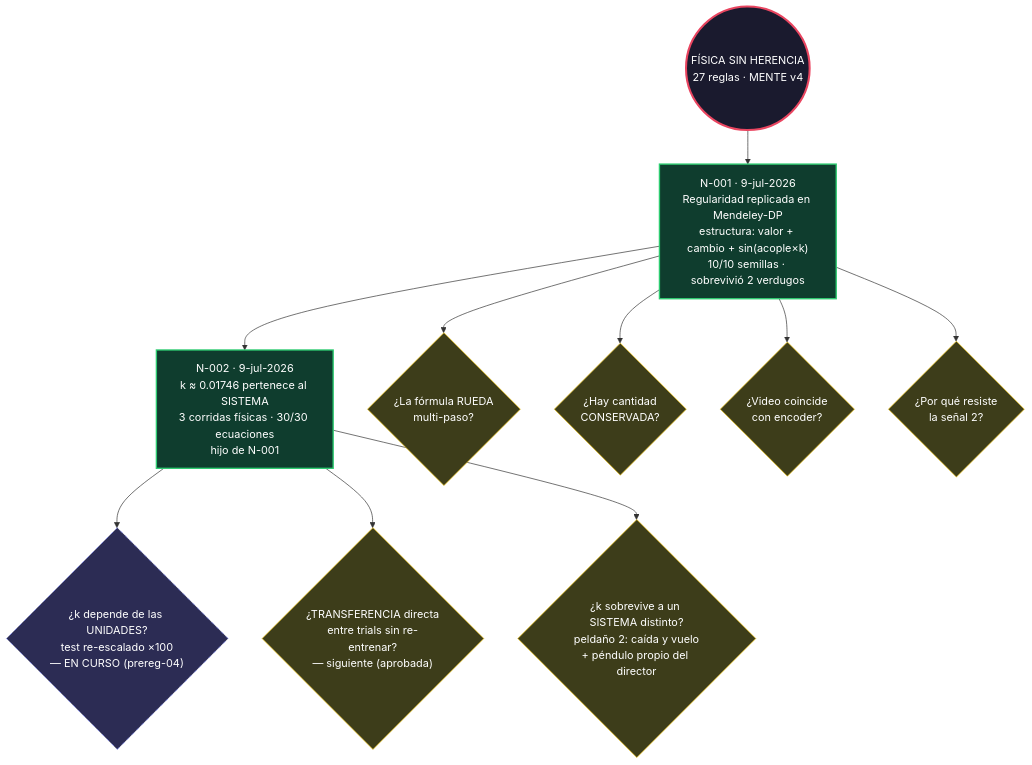
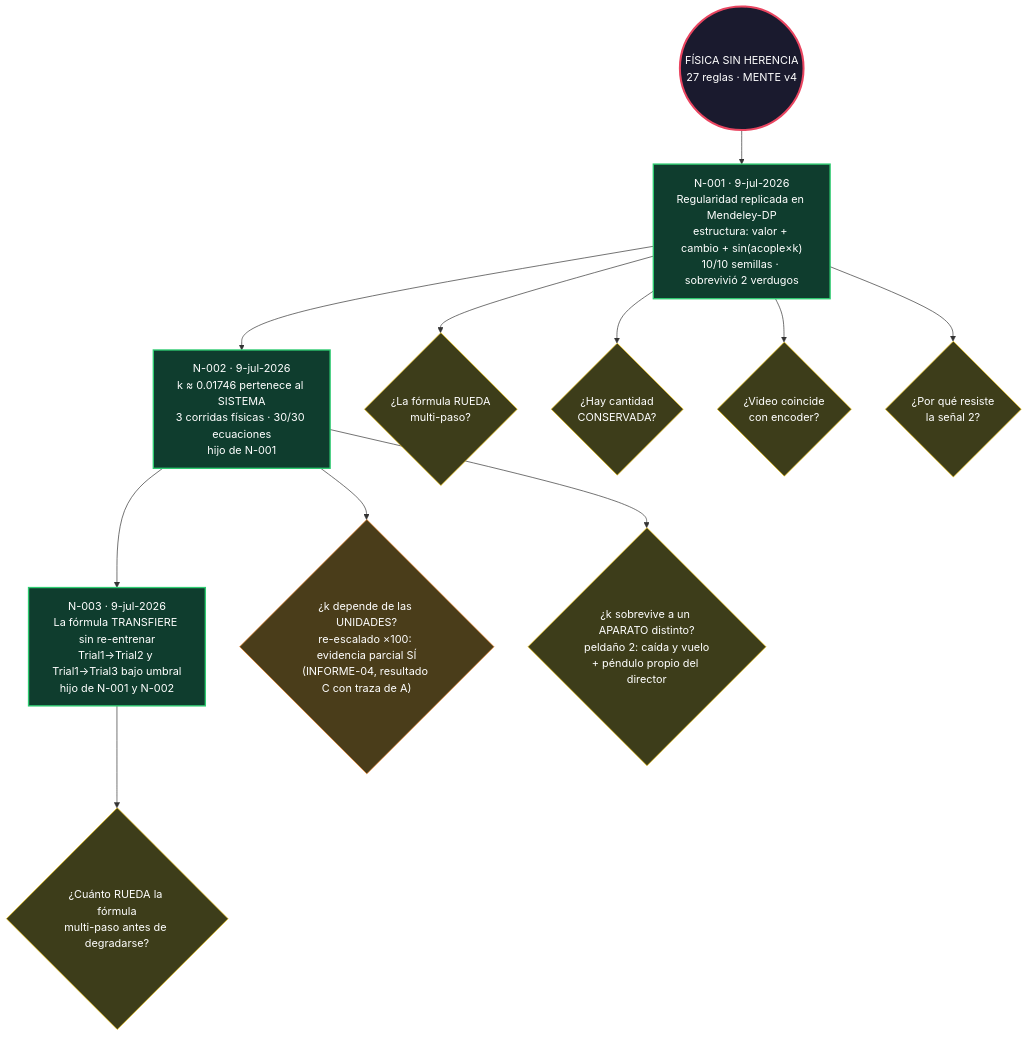
The diagram in arbol/ARBOL.md (Leo-BRAVO/fisica-sin-herencia), drawn with Mermaid before and after one commit. The commit also changed 8 other files, not shown here.

First line of the commit message:
N-003: la formula transfiere sin re-entrenar — es ley del sistema

````diff
--- a/arbol/ARBOL.md
+++ b/arbol/ARBOL.md
@@ -4,31 +4,36 @@
 ```mermaid
 graph TD
     RAIZ(("FÍSICA SIN HERENCIA<br/>27 reglas · MENTE v4")):::raiz
 
     N001["N-001 · 9-jul-2026<br/>Regularidad replicada en Mendeley-DP<br/>estructura: valor + cambio + sin(acople×k)<br/>10/10 semillas · sobrevivió 2 verdugos"]:::nodo
     N002["N-002 · 9-jul-2026<br/>k ≈ 0.01746 pertenece al SISTEMA<br/>3 corridas físicas · 30/30 ecuaciones<br/>hijo de N-001"]:::nodo
 
     P1{"¿La fórmula RUEDA<br/>multi-paso?"}:::pregunta
     P3{"¿Hay cantidad<br/>CONSERVADA?"}:::pregunta
     P4{"¿Video coincide<br/>con encoder?"}:::pregunta
     P5{"¿Por qué resiste<br/>la señal 2?"}:::pregunta
 
-    Q1{"¿k depende de las UNIDADES?<br/>test re-escalado ×100<br/>— EN CURSO (prereg-04)"}:::encurso
-    Q2{"¿TRANSFERENCIA directa<br/>entre trials sin re-entrenar?<br/>— siguiente (aprobada)"}:::pregunta
-    Q3{"¿k sobrevive a un SISTEMA distinto?<br/>peldaño 2: caída y vuelo<br/>+ péndulo propio del director"}:::pregunta
+    N003["N-003 · 9-jul-2026<br/>La fórmula TRANSFIERE sin re-entrenar<br/>Trial1→Trial2 y Trial1→Trial3 bajo umbral<br/>hijo de N-001 y N-002"]:::nodo
+
+    Q1{"¿k depende de las UNIDADES?<br/>re-escalado ×100: evidencia parcial SÍ<br/>(INFORME-04, resultado C con traza de A)"}:::parcial
+    Q3{"¿k sobrevive a un APARATO distinto?<br/>peldaño 2: caída y vuelo<br/>+ péndulo propio del director"}:::pregunta
+    Q4{"¿Cuánto RUEDA la fórmula<br/>multi-paso antes de degradarse?"}:::pregunta
 
     RAIZ --> N001
     N001 --> N002
     N001 --> P1
     N001 --> P3
     N001 --> P4
     N001 --> P5
     N002 --> Q1
-    N002 --> Q2
+    N002 --> N003
     N002 --> Q3
+    N003 --> Q4
+
+    classDef parcial fill:#4a3d1a,stroke:#e67e22,color:#fff
 
     classDef raiz fill:#1a1a2e,stroke:#e94560,color:#fff,stroke-width:3px
     classDef nodo fill:#0f3d2e,stroke:#2ecc71,color:#fff,stroke-width:2px
     classDef pregunta fill:#3d3d1a,stroke:#f1c40f,color:#fff
     classDef encurso fill:#2c2c54,stroke:#818cf8,color:#fff,stroke-dasharray: 5 5
 ```
````
